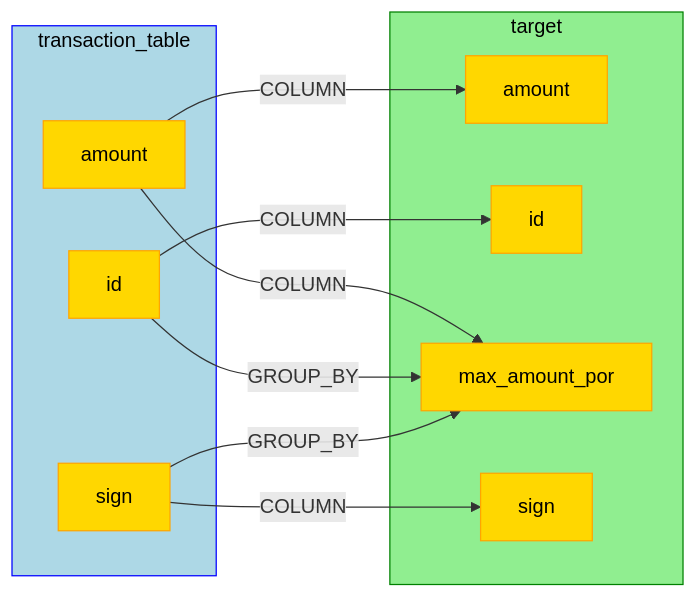
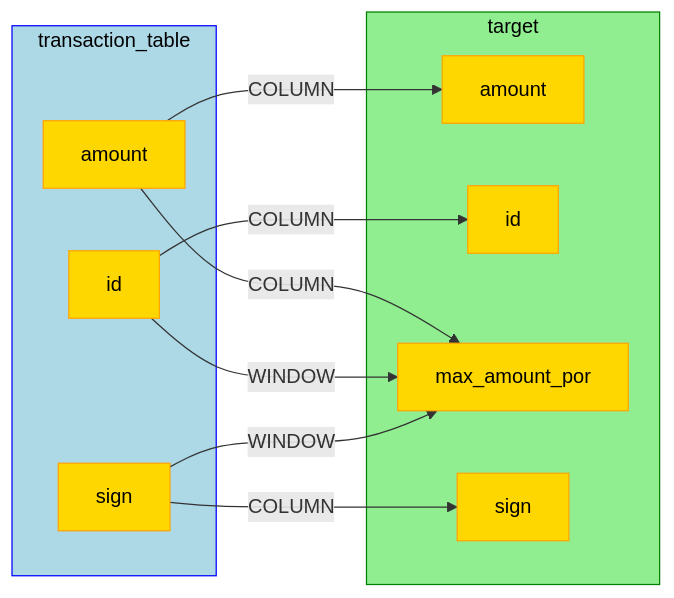
The diagram in data/lineage/window_column.mmd (NielkNetraam/explainalyzed), drawn with Mermaid before and after one commit. The commit also changed 36 other files, not shown here.

```diff
--- a/data/lineage/window_column.mmd
+++ b/data/lineage/window_column.mmd
@@ -1,29 +1,29 @@
 flowchart LR
     classDef SOURCE stroke:Blue,fill:LightBlue,color:black
     classDef TARGET stroke:Green,fill:LightGreen,color:black
     classDef INTERMEDIATE stroke:DarkOrange,fill:Orange,color:black
     classDef INTERNAL stroke:Purple,fill:Violet,color:black
     classDef FIELD stroke:Orange,fill:Gold,color:black
 
     transaction_table:::SOURCE
     target:::TARGET
 
     subgraph transaction_table
         transaction_table.amount[amount]:::FIELD
         transaction_table.id[id]:::FIELD
         transaction_table.sign[sign]:::FIELD
     end
 
     subgraph target
         target.amount[amount]:::FIELD
         target.id[id]:::FIELD
         target.max_amount_por[max_amount_por]:::FIELD
         target.sign[sign]:::FIELD
     end
 
     transaction_table.amount -- COLUMN --> target.amount
     transaction_table.amount -- COLUMN --> target.max_amount_por
     transaction_table.id -- COLUMN --> target.id
-    transaction_table.id -- GROUP_BY --> target.max_amount_por
-    transaction_table.sign -- GROUP_BY --> target.max_amount_por
+    transaction_table.id -- WINDOW --> target.max_amount_por
+    transaction_table.sign -- WINDOW --> target.max_amount_por
     transaction_table.sign -- COLUMN --> target.sign
```
